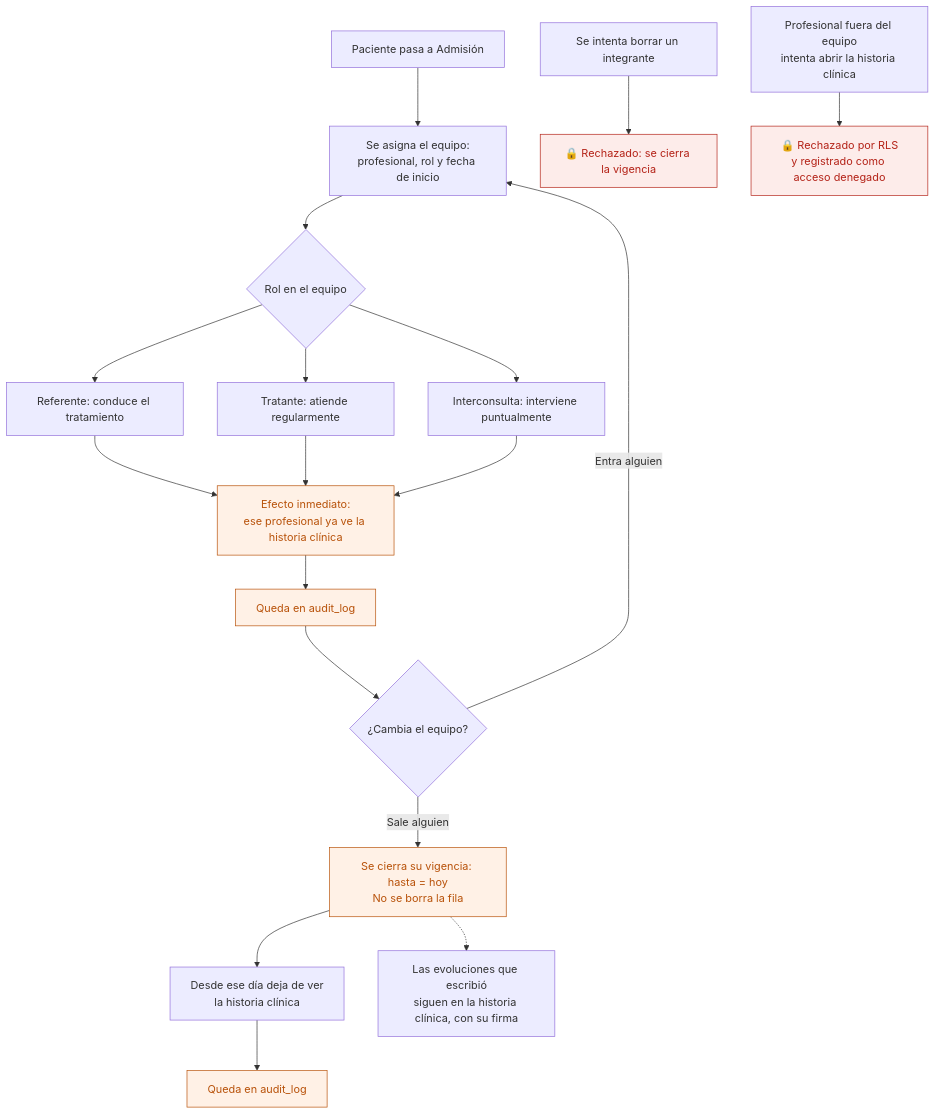
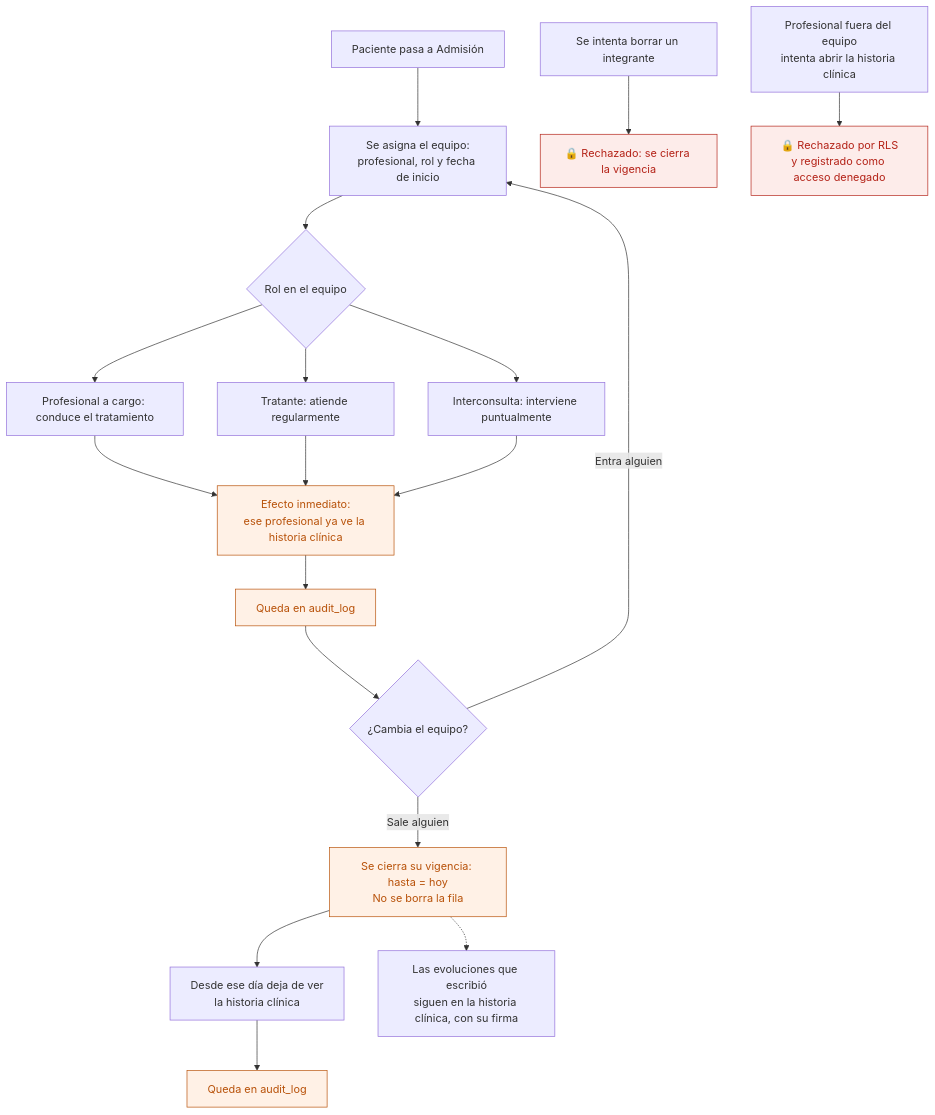
Before and after one commit to procesosipl-source/Ronda: the first of 2 diagrams in docs/flujos/03-equipo-tratante.md, drawn with Mermaid. The commit also changed other lines of this file and 12 other files, not shown here.

````diff
--- a/docs/flujos/03-equipo-tratante.md
+++ b/docs/flujos/03-equipo-tratante.md
@@ -9,29 +11,29 @@
 ```mermaid
 flowchart TD
     A["Paciente pasa a Admisión"] --> AS["Se asigna el equipo:<br/>profesional, rol y fecha de inicio"]
     AS --> ROL{"Rol en el equipo"}
-    ROL --> REF["Referente: conduce el tratamiento"]
+    ROL --> REF["Profesional a cargo: conduce el tratamiento"]
     ROL --> TRA["Tratante: atiende regularmente"]
     ROL --> INT["Interconsulta: interviene puntualmente"]
 
     REF --> EF["Efecto inmediato:<br/>ese profesional ya ve la historia clínica"]
     TRA --> EF
     INT --> EF
     EF --> AUD["Queda en audit_log"]
 
     AUD --> CAM{"¿Cambia el equipo?"}
     CAM -->|Entra alguien| AS
     CAM -->|Sale alguien| SAL["Se cierra su vigencia: hasta = hoy<br/>No se borra la fila"]
     SAL --> PIE["Desde ese día deja de ver<br/>la historia clínica"]
     PIE --> AUD2["Queda en audit_log"]
 
     SAL -.-> HIST["Las evoluciones que escribió<br/>siguen en la historia clínica, con su firma"]
 
     B["Se intenta borrar un integrante"] --> BLO["🔒 Rechazado: se cierra la vigencia"]
     B2["Profesional fuera del equipo<br/>intenta abrir la historia clínica"] --> BLO2["🔒 Rechazado por RLS<br/>y registrado como acceso denegado"]
 
     classDef aud fill:#FFF1E6,stroke:#B8520A,color:#B8520A
     classDef bloq fill:#FDECEA,stroke:#B42318,color:#B42318
     class EF,AUD,SAL,AUD2 aud
     class BLO,BLO2 bloq
 ```
````
